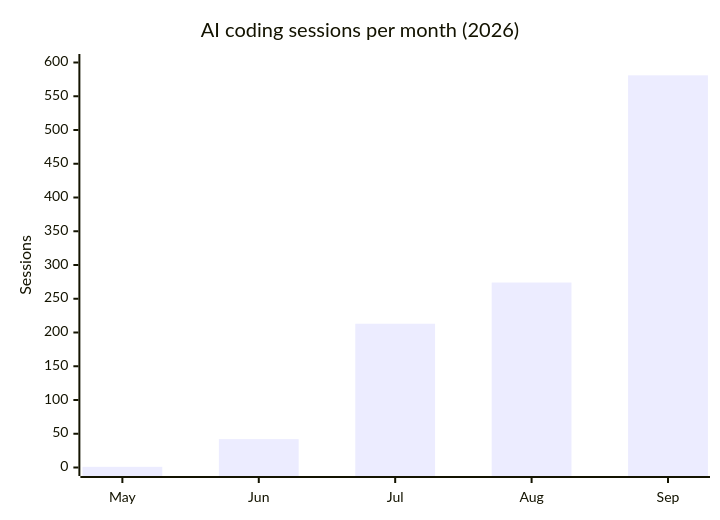
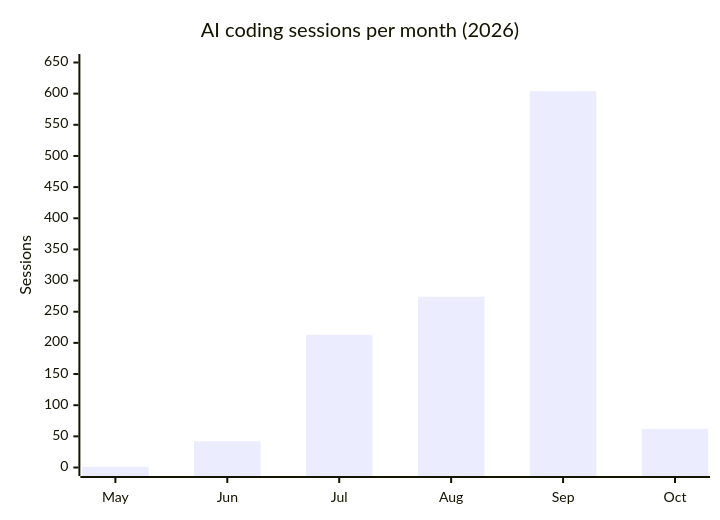
Before and after one commit to loryanstrant/loryanstrant: the diagram in VIBE-CODING.md, drawn with Mermaid.

Commit message:
chore: refresh AI sessions chart

````diff
--- a/VIBE-CODING.md
+++ b/VIBE-CODING.md
@@ -14,7 +14,7 @@
 ```mermaid
 xychart-beta
     title "AI coding sessions per month (2026)"
-    x-axis ["May", "Jun", "Jul", "Aug", "Sep"]
-    y-axis "Sessions" 0 --> 600
-    bar [1, 42, 213, 274, 581]
+    x-axis ["May", "Jun", "Jul", "Aug", "Sep", "Oct"]
+    y-axis "Sessions" 0 --> 650
+    bar [1, 42, 213, 274, 604, 62]
 ```
````
